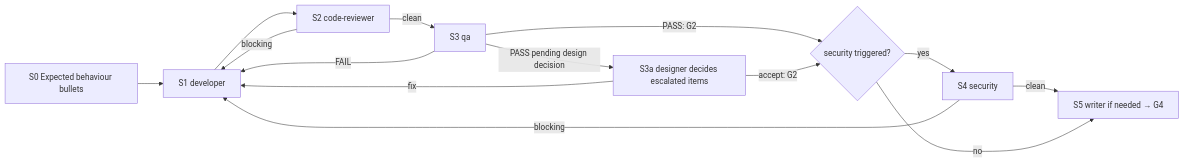
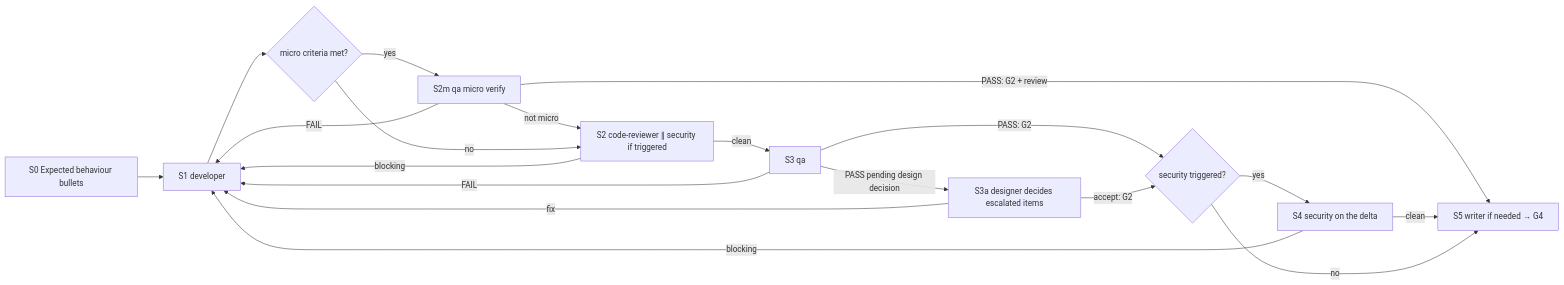
Before and after one commit to Tuan-Quyen/technical-teams: the fourth of 4 diagrams in commands/feature.md, drawn with Mermaid. The commit also changed other lines of this file and 12 other files, not shown here.

First line of the commit message:
Lighten the process: smaller preloads, parallel review, micro verify

````diff
--- a/commands/feature.md
+++ b/commands/feature.md
@@ -132,16 +132,21 @@
 ```mermaid
 flowchart LR
   S0[S0 Expected behaviour bullets] --> D[S1 developer]
-  D --> CR[S2 code-reviewer]
+  D --> M{micro criteria met?}
+  M -- yes --> MV[S2m qa micro verify]
+  MV -- FAIL --> D
+  MV -- not micro --> CR
+  MV -- PASS: G2 + review --> W
+  M -- no --> CR[S2 code-reviewer ∥ security if triggered]
   CR -- blocking --> D
   CR -- clean --> Q[S3 qa]
   Q -- FAIL --> D
   Q -- PASS: G2 --> T{security triggered?}
   Q -- PASS pending design decision --> DR[S3a designer decides escalated items]
   DR -- fix --> D
   DR -- accept: G2 --> T
-  T -- yes --> SEC[S4 security]
+  T -- yes --> SEC[S4 security on the delta]
   SEC -- blocking --> D
   SEC -- clean --> W
   T -- no --> W[S5 writer if needed → G4]
 ```
````
